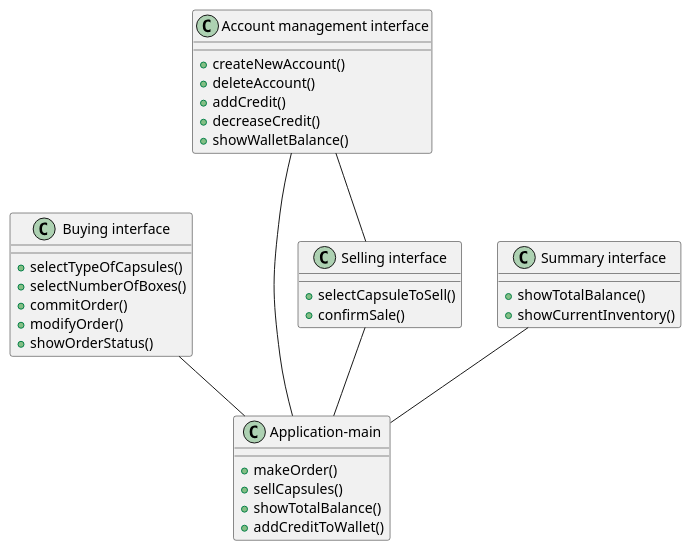
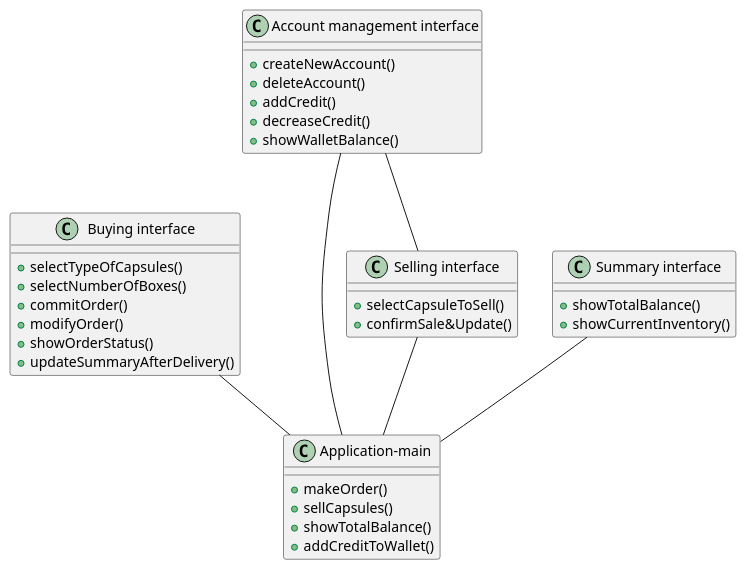
The fourth of 4 diagrams in templates/RequirementsTemplate.md (DarkSee/LaTazza), drawn with PlantUML before and after one commit.

Commit message:
Update SD

````diff
--- a/templates/RequirementsTemplate.md
+++ b/templates/RequirementsTemplate.md
@@ -306,48 +306,49 @@
 ```plantuml
 top to bottom direction
 
 class "Application-main" {
  +makeOrder()
  +sellCapsules()
  +showTotalBalance()
  +addCreditToWallet()
 
 }
 
 class "Buying interface" {
  +selectTypeOfCapsules()
  +selectNumberOfBoxes()
  +commitOrder()
  +modifyOrder()
  +showOrderStatus()
+ +updateSummaryAfterDelivery()
 
 }
 
 class "Selling interface" {
  +selectCapsuleToSell()
- +confirmSale()
+ +confirmSale&Update()
 
 }
 
 class "Summary interface" {
  +showTotalBalance()
  +showCurrentInventory()
 
 }
 
 class "Account management interface" {
  +createNewAccount()
  +deleteAccount()
  +addCredit()
  +decreaseCredit()
  +showWalletBalance()
 
 } 
 
 
 "Selling interface" -- "Application-main"
 "Summary interface" -- "Application-main"
 "Buying interface" -- "Application-main"
 "Account management interface" -- "Application-main"
 "Account management interface" -- "Selling interface"
 ```
````
